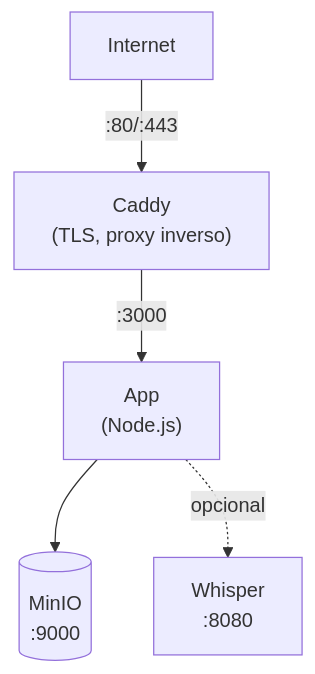
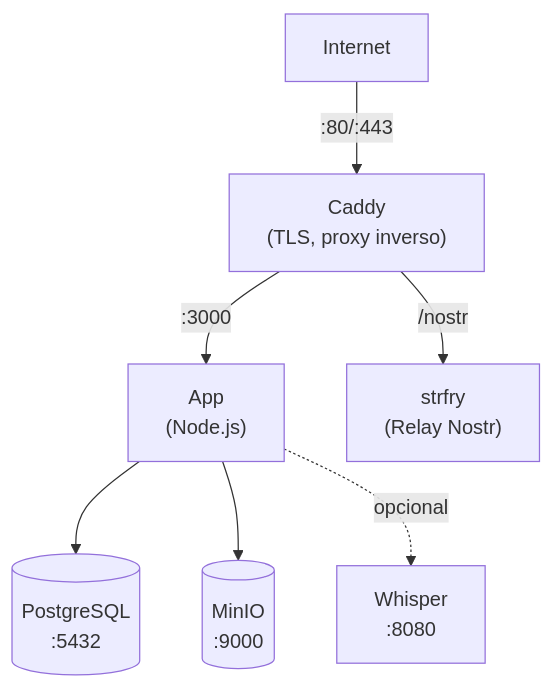
Before and after one commit to rhonda-rodododo/llamenos-hotline: the diagram in site/src/content/docs/es/deploy-docker.md, drawn with Mermaid. The commit also changed other lines of this file and 11 other files, not shown here.

````diff
--- a/site/src/content/docs/es/deploy-docker.md
+++ b/site/src/content/docs/es/deploy-docker.md
@@ -210,7 +235,9 @@
 ```mermaid
 flowchart TD
     Internet -->|":80/:443"| Caddy["Caddy<br/>(TLS, proxy inverso)"]
     Caddy -->|":3000"| App["App<br/>(Node.js)"]
+    Caddy -->|"/nostr"| Strfry["strfry<br/>(Relay Nostr)"]
+    App --> PostgreSQL[("PostgreSQL<br/>:5432")]
     App --> MinIO[("MinIO<br/>:9000")]
     App -.->|"opcional"| Whisper["Whisper<br/>:8080"]
 ```
````
